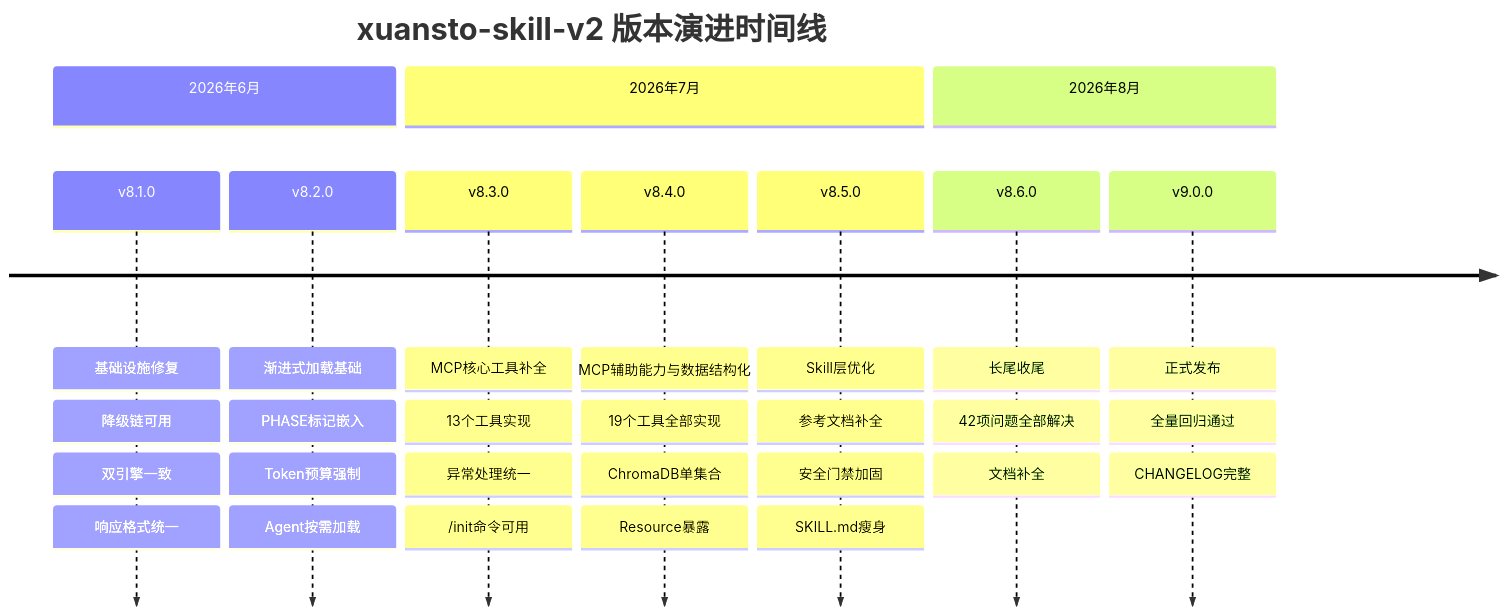
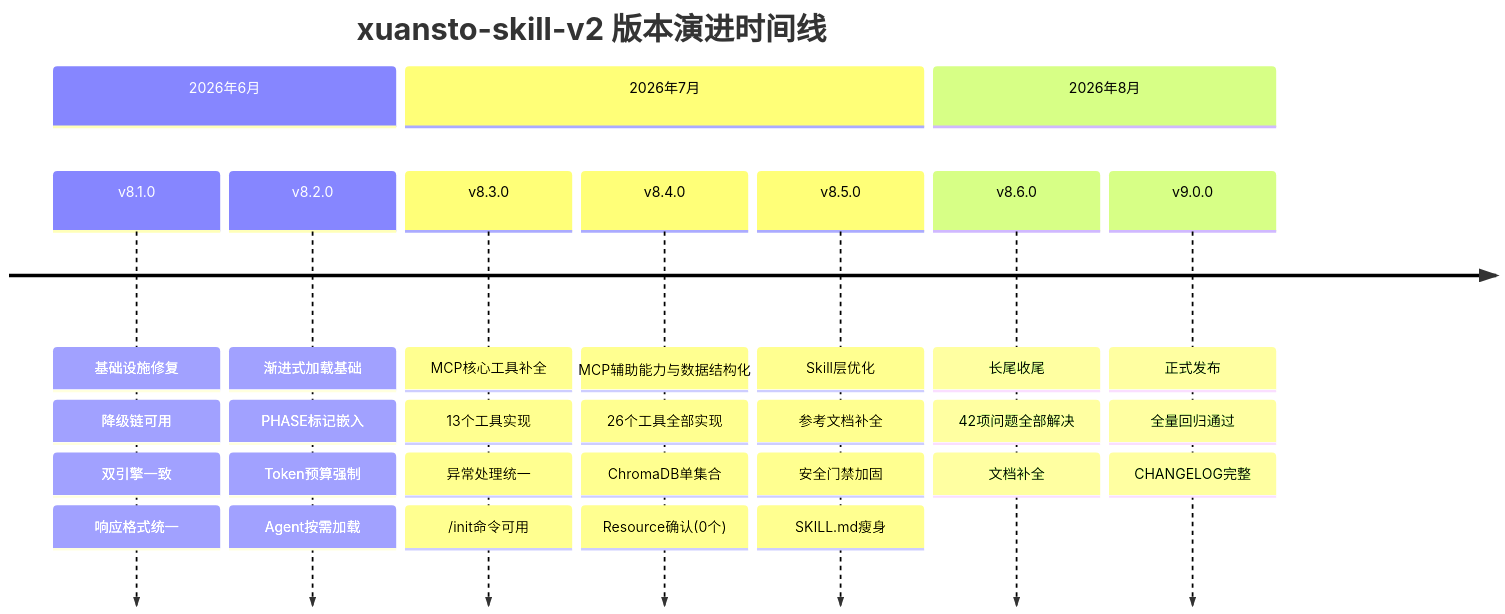
Before and after one commit to xuanyuanchumo/xuansto: the third of 4 diagrams in docs/plan/v-l.md, drawn with Mermaid. The commit also changed other lines of this file and 4 other files, not shown here.

````diff
--- a/docs/plan/v-l.md
+++ b/docs/plan/v-l.md
@@ -509,33 +534,33 @@
 ```mermaid
 timeline
     title xuansto-skill-v2 版本演进时间线
     section 2026年6月
         v8.1.0 : 基础设施修复
                 : 降级链可用
                 : 双引擎一致
                 : 响应格式统一
         v8.2.0 : 渐进式加载基础
                 : PHASE标记嵌入
                 : Token预算强制
                 : Agent按需加载
     section 2026年7月
         v8.3.0 : MCP核心工具补全
                 : 13个工具实现
                 : 异常处理统一
                 : /init命令可用
         v8.4.0 : MCP辅助能力与数据结构化
-                : 19个工具全部实现
+                : 26个工具全部实现
                 : ChromaDB单集合
-                : Resource暴露
+                : Resource确认(0个)
         v8.5.0 : Skill层优化
                 : 参考文档补全
                 : 安全门禁加固
                 : SKILL.md瘦身
     section 2026年8月
         v8.6.0 : 长尾收尾
                 : 42项问题全部解决
                 : 文档补全
         v9.0.0 : 正式发布
                 : 全量回归通过
                 : CHANGELOG完整
 ```
````
